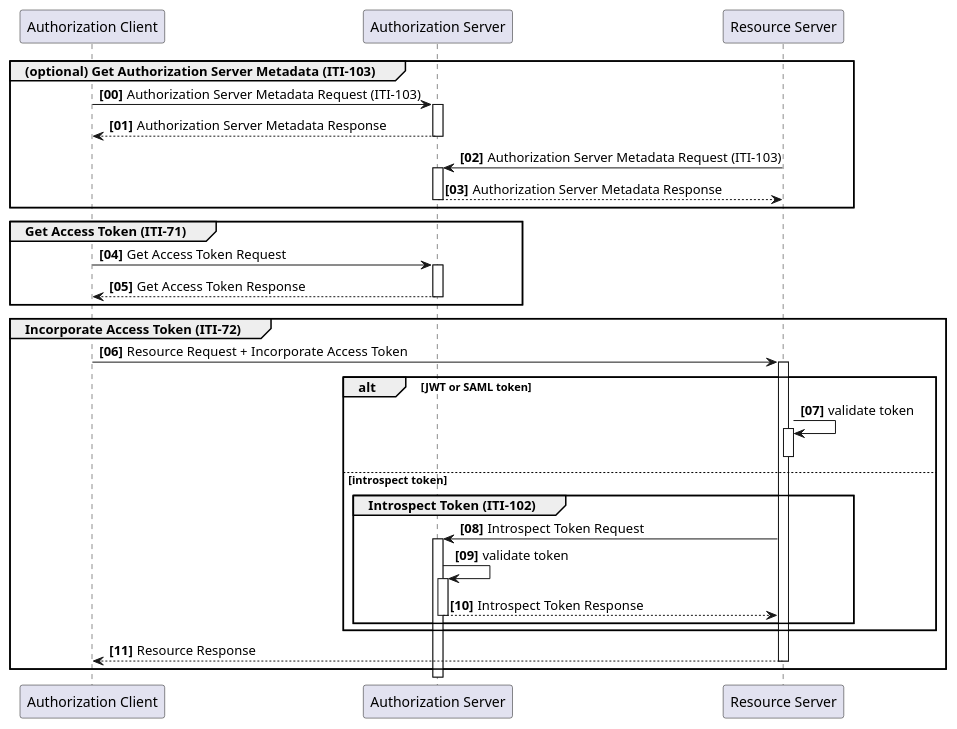
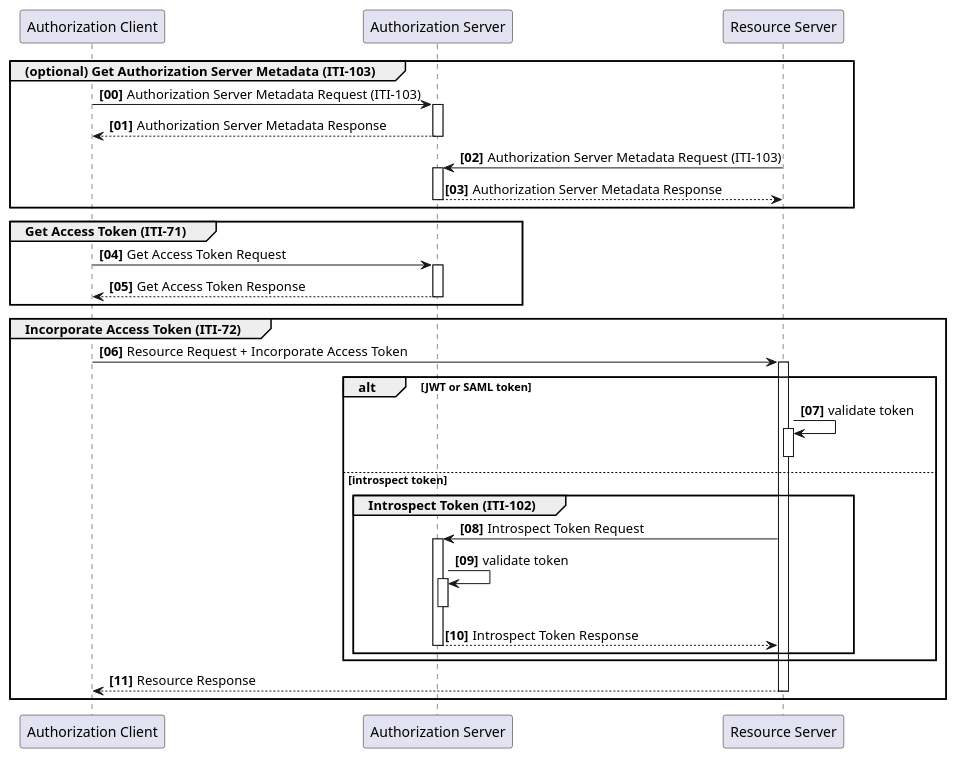
The first of 6 diagrams in IHE_ITI_Suppl_IUA.md (IHE/ITI.IUA), drawn with PlantUML before and after one commit. The commit also changed 1 other file, not shown here.

Commit message:
fixing activation in figure 34.4.2.2.2-1

````diff
--- a/IHE_ITI_Suppl_IUA.md
+++ b/IHE_ITI_Suppl_IUA.md
@@ -447,48 +447,49 @@
 ```plantuml
 @startuml basic-flow
 
 participant "Authorization Client" as Client
 participant "Authorization Server" as AS
 participant "Resource Server" as RS
 
 autonumber 0 1 "<b>[00]</b>"
 autoactivate on
 
 group (optional) Get Authorization Server Metadata (ITI-103)
 
     Client-> AS : Authorization Server Metadata Request (ITI-103)
     AS --> Client: Authorization Server Metadata Response
 
     RS-> AS : Authorization Server Metadata Request (ITI-103)
     AS --> RS: Authorization Server Metadata Response
 
 end
 
 group Get Access Token (ITI-71)
     Client -> AS: Get Access Token Request
     Client <-- AS: Get Access Token Response
 end
 
 group Incorporate Access Token (ITI-72)
 
 Client -> RS : Resource Request + Incorporate Access Token
 
 alt JWT or SAML token
   RS -> RS: validate token
   deactivate RS
 
 else introspect token
 
   group Introspect Token (ITI-102)
         RS -> AS : Introspect Token Request
         AS -> AS : validate token
+        deactivate AS
         AS --> RS: Introspect Token Response
   end
 end
 
 Client <-- RS : Resource Response  
 end
 
 @enduml
 
 ```
````
